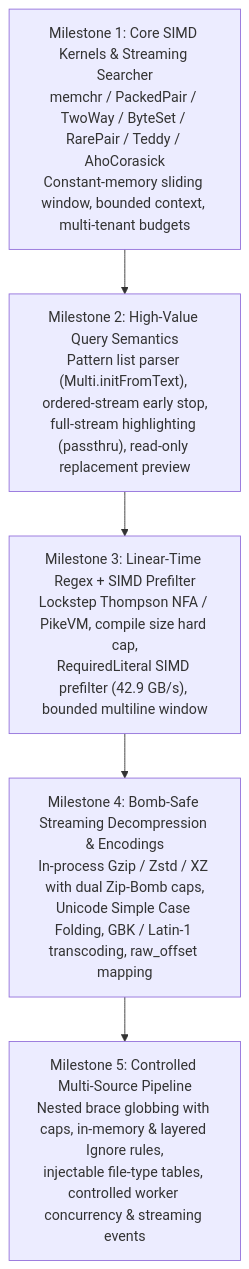
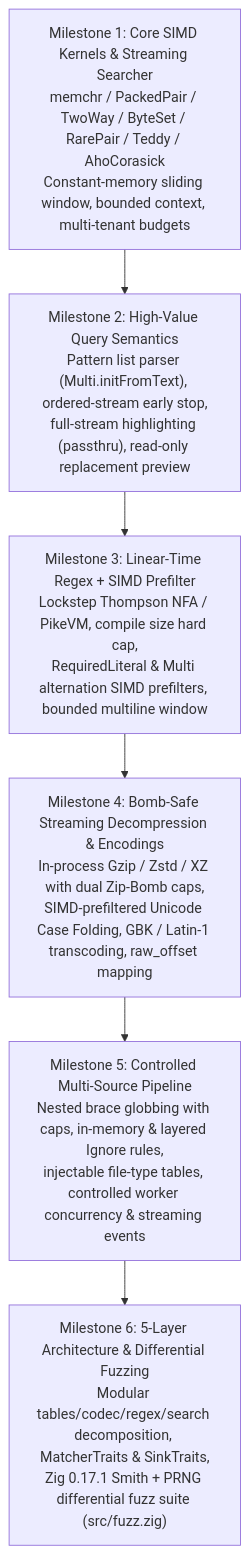
One commit to fun7257/libwebgrep changed the diagram in docs/ROADMAP.md. Above: the diagram before and after it, drawn with Mermaid. The commit also changed other lines of this file and 41 other files, not shown here.

````diff
--- a/docs/ROADMAP.md
+++ b/docs/ROADMAP.md
@@ -5,7 +7,8 @@
 ```mermaid
 flowchart TD
     M0["Milestone 1: Core SIMD Kernels & Streaming Searcher<br/>memchr / PackedPair / TwoWay / ByteSet / RarePair / Teddy / AhoCorasick<br/>Constant-memory sliding window, bounded context, multi-tenant budgets"] --> M1["Milestone 2: High-Value Query Semantics<br/>Pattern list parser (Multi.initFromText), ordered-stream early stop,<br/>full-stream highlighting (passthru), read-only replacement preview"]
-    M1 --> M2["Milestone 3: Linear-Time Regex + SIMD Prefilter<br/>Lockstep Thompson NFA / PikeVM, compile size hard cap,<br/>RequiredLiteral SIMD prefilter (42.9 GB/s), bounded multiline window"]
-    M2 --> M3["Milestone 4: Bomb-Safe Streaming Decompression & Encodings<br/>In-process Gzip / Zstd / XZ with dual Zip-Bomb caps,<br/>Unicode Simple Case Folding, GBK / Latin-1 transcoding, raw_offset mapping"]
+    M1 --> M2["Milestone 3: Linear-Time Regex + SIMD Prefilter<br/>Lockstep Thompson NFA / PikeVM, compile size hard cap,<br/>RequiredLiteral & Multi alternation SIMD prefilters, bounded multiline window"]
+    M2 --> M3["Milestone 4: Bomb-Safe Streaming Decompression & Encodings<br/>In-process Gzip / Zstd / XZ with dual Zip-Bomb caps,<br/>SIMD-prefiltered Unicode Case Folding, GBK / Latin-1 transcoding, raw_offset mapping"]
     M3 --> M4["Milestone 5: Controlled Multi-Source Pipeline<br/>Nested brace globbing with caps, in-memory & layered Ignore rules,<br/>injectable file-type tables, controlled worker concurrency & streaming events"]
+    M4 --> M5["Milestone 6: 5-Layer Architecture & Differential Fuzzing<br/>Modular tables/codec/regex/search decomposition, MatcherTraits & SinkTraits,<br/>Zig 0.17.1 Smith + PRNG differential fuzz suite (src/fuzz.zig)"]
 ```
````
